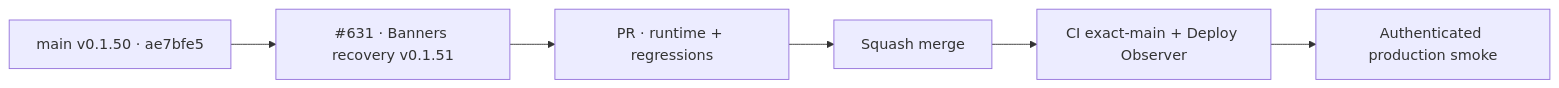
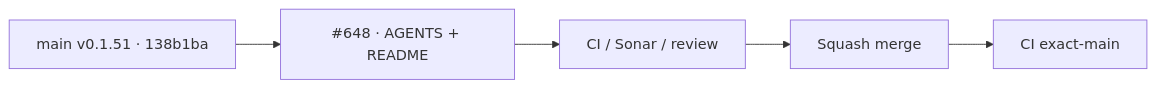
One commit to pl0n3r/brvtal changed the diagram in README.md. Above: the diagram before and after it, drawn with Mermaid. The commit also changed other lines of this file and 1 other file, not shown here.

First line of the commit message:
docs: AGENTS.md points to the factory common protocol (#648)

````diff
--- a/README.md
+++ b/README.md
@@ -50,6 +47,6 @@
 ```mermaid
 flowchart LR
- B["main v0.1.50 · ae7bfe5"] --> F["#631 · Banners recovery v0.1.51"]
- F --> P["PR · runtime + regressions"] --> M["Squash merge"]
- M --> C["CI exact-main + Deploy Observer"] --> S["Authenticated production smoke"]
+  B["main v0.1.51 · 138b1ba"] --> P["#648 · AGENTS + README"]
+  P --> C["CI / Sonar / review"] --> M["Squash merge"]
+  M --> V["CI exact-main"]
 ```
````
